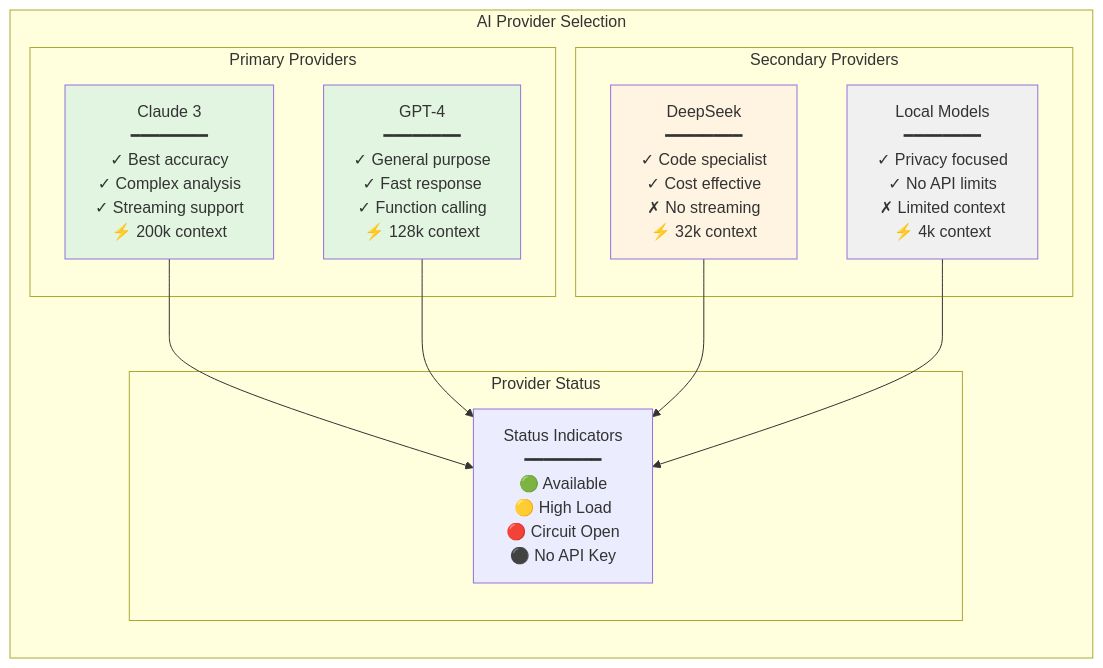
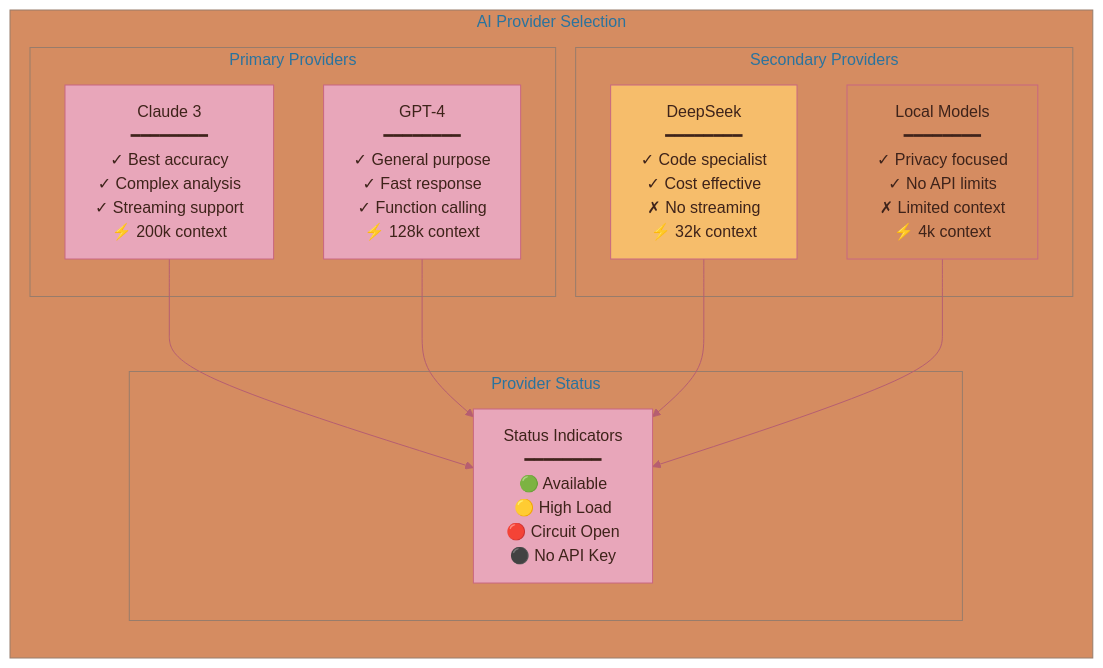
Before and after one commit to radicalkjax/Athena: the fifth of 16 diagrams in docs/USER_GUIDE.md, drawn with Mermaid. The commit also changed other lines of this file and 5 other files, not shown here.

````diff
--- a/docs/USER_GUIDE.md
+++ b/docs/USER_GUIDE.md
@@ -368,30 +443,47 @@
 ```mermaid
+%%{init: {
+  'theme': 'base',
+  'themeVariables': {
+    'primaryColor': '#E8A6BA',
+    'primaryTextColor': '#3E231A',
+    'primaryBorderColor': '#C86681',
+    'lineColor': '#B65E71',
+    'secondaryColor': '#F6BD6B',
+    'tertiaryColor': '#D58C61',
+    'background': '#FFFFFF',
+    'mainBkg': '#E8A6BA',
+    'secondBkg': '#F6BD6B',
+    'tertiaryBkg': '#D58C61',
+    'textColor': '#3E231A',
+    'fontFamily': 'Arial, sans-serif'
+  }
+}}%%
 graph LR
     subgraph "AI Provider Selection"
         subgraph "Primary Providers"
             Claude[Claude 3<br/>━━━━━━━━<br/>✓ Best accuracy<br/>✓ Complex analysis<br/>✓ Streaming support<br/>⚡ 200k context]
             
             OpenAI[GPT-4<br/>━━━━━━━━<br/>✓ General purpose<br/>✓ Fast response<br/>✓ Function calling<br/>⚡ 128k context]
         end
         
         subgraph "Secondary Providers"
             DeepSeek[DeepSeek<br/>━━━━━━━━<br/>✓ Code specialist<br/>✓ Cost effective<br/>✗ No streaming<br/>⚡ 32k context]
             
             Local[Local Models<br/>━━━━━━━━<br/>✓ Privacy focused<br/>✓ No API limits<br/>✗ Limited context<br/>⚡ 4k context]
         end
         
         subgraph "Provider Status"
             Status[Status Indicators<br/>━━━━━━━━<br/>🟢 Available<br/>🟡 High Load<br/>🔴 Circuit Open<br/>⚫ No API Key]
         end
     end
     
     Claude --> Status
     OpenAI --> Status
     DeepSeek --> Status
     Local --> Status
     
-    style Claude fill:#e1f5e1
-    style OpenAI fill:#e1f5e1
-    style DeepSeek fill:#fff4e1
-    style Local fill:#f0f0f0
+    style Claude fill:#E8A6BA
+    style OpenAI fill:#E8A6BA
+    style DeepSeek fill:#F6BD6B
+    style Local fill:#D58C61
 ```
````
